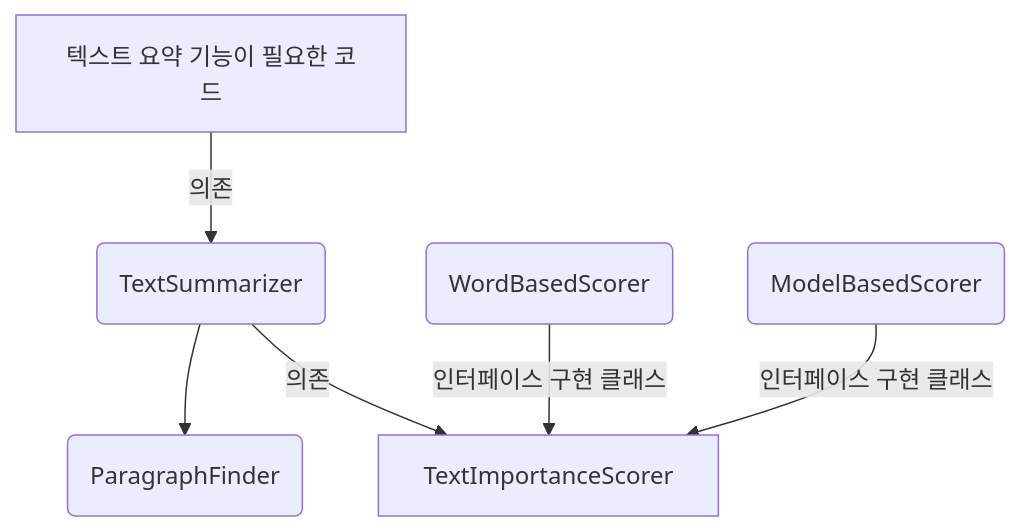
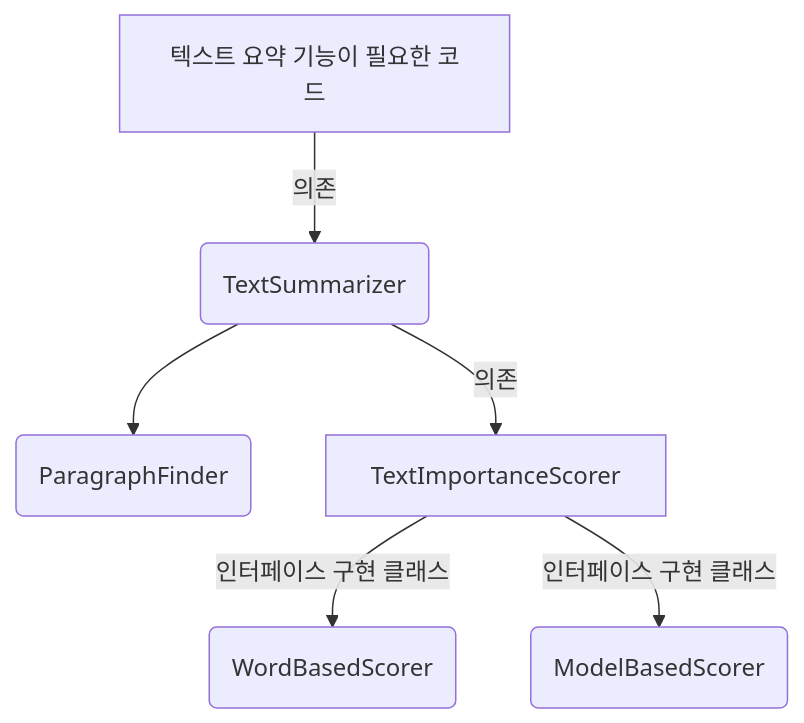
One commit to gitchannn/studeeeeeeee changed the third of 3 diagrams in 좋은코드_나쁜코드/2_추상화계층.md. Above: the diagram before and after it, drawn with Mermaid.

````diff
--- a/좋은코드_나쁜코드/2_추상화계층.md
+++ b/좋은코드_나쁜코드/2_추상화계층.md
@@ -85,9 +85,9 @@
 ```mermaid
 graph TD
 A[텍스트 요약 기능이 필요한 코드]
 A --> |의존| B(TextSummarizer)
 B --> C(ParagraphFinder) 
 B --> |의존| D[TextImportanceScorer]
-E(WordBasedScorer) --> |인터페이스 구현 클래스| D
-F(ModelBasedScorer) --> |인터페이스 구현 클래스| D
+D --> |인터페이스 구현 클래스| E(WordBasedScorer)
+D --> |인터페이스 구현 클래스| F(ModelBasedScorer)
 ```
````
